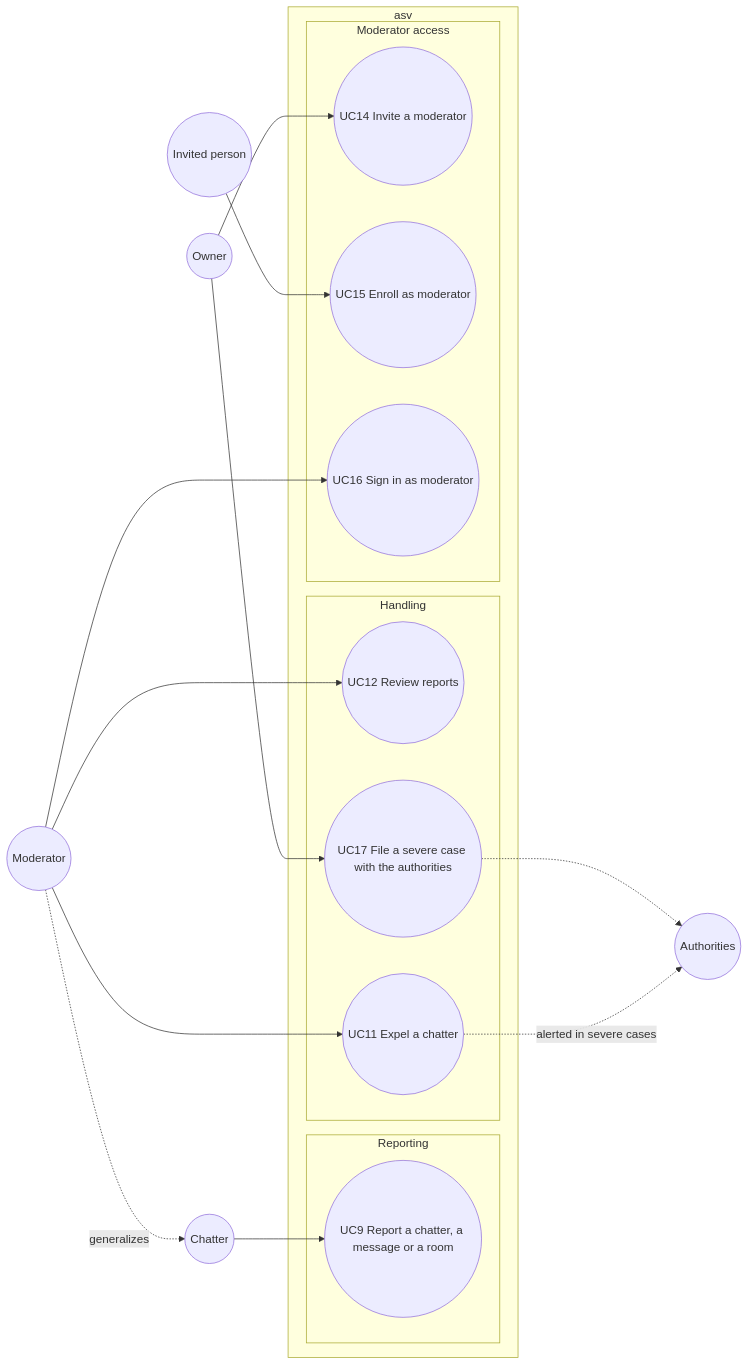
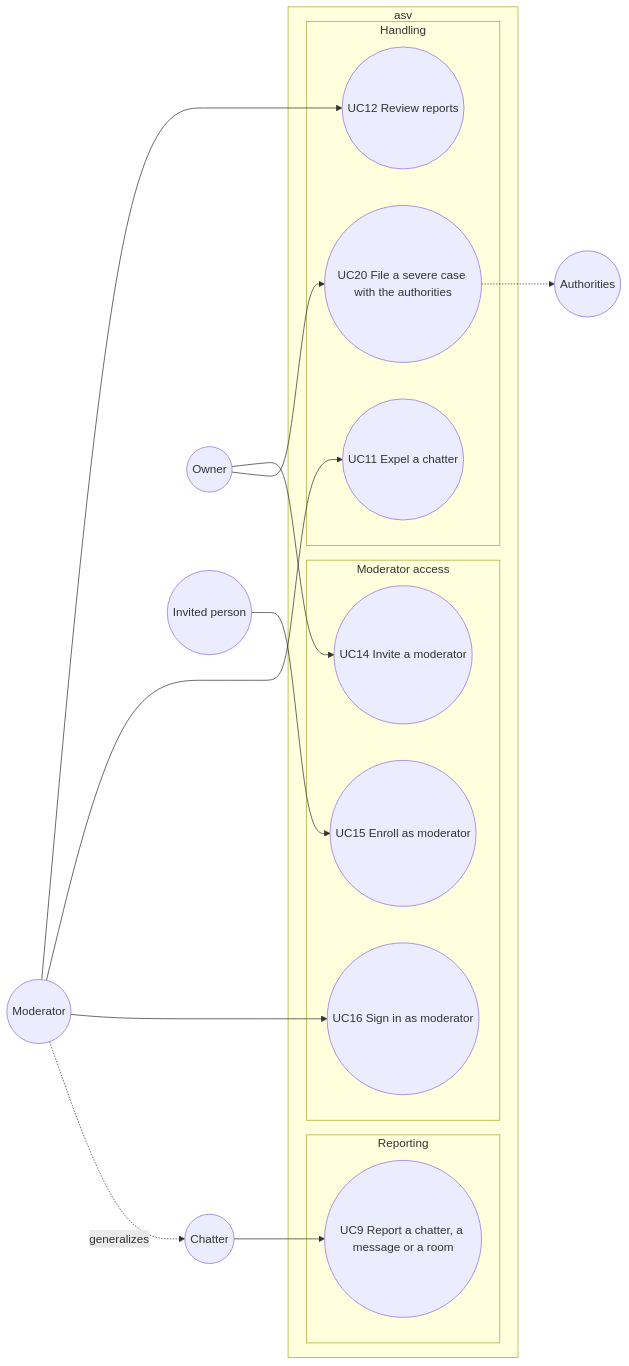
Before and after one commit to benoit-bremaud/asv: the diagram in docs/architecture/diagrams/moderation/01-use-case.md, drawn with Mermaid. The commit also changed other lines of this file and 22 other files, not shown here.

````diff
--- a/docs/architecture/diagrams/moderation/01-use-case.md
+++ b/docs/architecture/diagrams/moderation/01-use-case.md
@@ -15,33 +15,32 @@
 ```mermaid
 flowchart LR
   Chatter(("Chatter"))
   Moderator(("Moderator"))
   Owner(("Owner"))
   Invitee(("Invited person"))
   Authorities(("Authorities"))
   subgraph SYSTEM ["asv"]
     subgraph Reporting ["Reporting"]
       UC9(("UC9 Report a chatter, a message or a room"))
     end
     subgraph Handling ["Handling"]
       UC12(("UC12 Review reports"))
       UC11(("UC11 Expel a chatter"))
-      UC17(("UC17 File a severe case with the authorities"))
+      UC20(("UC20 File a severe case with the authorities"))
     end
     subgraph Access ["Moderator access"]
       UC14(("UC14 Invite a moderator"))
       UC15(("UC15 Enroll as moderator"))
       UC16(("UC16 Sign in as moderator"))
     end
   end
   Chatter --> UC9
   Moderator --> UC12
   Moderator --> UC11
   Moderator --> UC16
   Owner --> UC14
-  Owner --> UC17
-  UC17 -.-> Authorities
+  Owner --> UC20
+  UC20 -.-> Authorities
   Invitee --> UC15
-  UC11 -.->|"alerted in severe cases"| Authorities
   Moderator -.->|"generalizes"| Chatter
 ```
````
